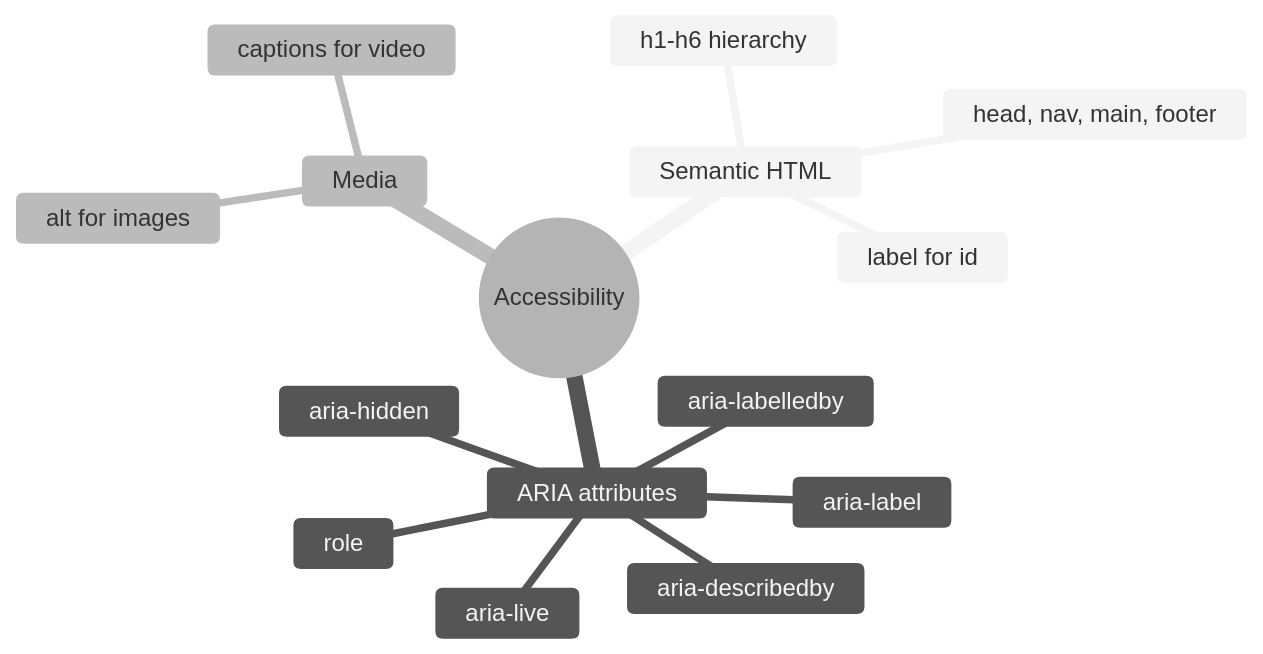
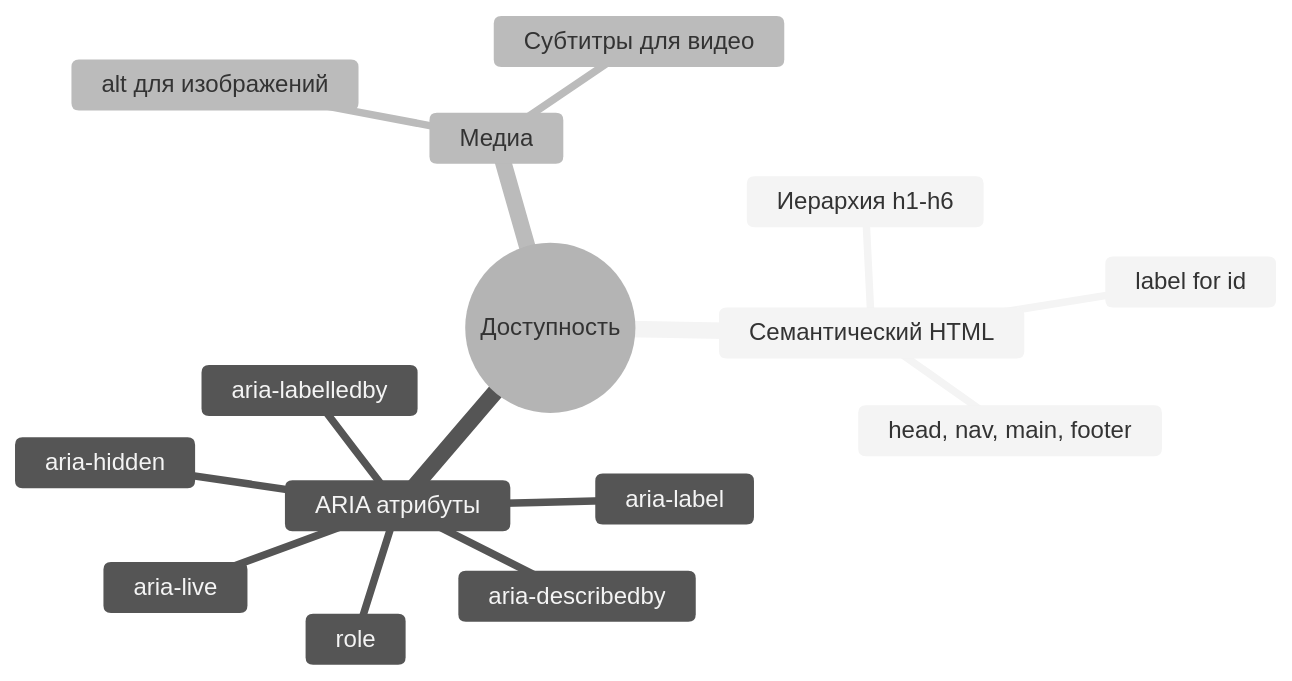
One commit to JLearn-space/HTML changed the first of 2 diagrams in Lesson-8/ru/Доступность (a11y).md. Above: the diagram before and after it, drawn with Mermaid (neutral theme). The commit also changed other lines of this file and 12 other files, not shown here.

Commit message:
Fix typos, broken markdown, Mermaid diagrams, localize RU/UZ labels, rename mixed-script filename

````diff
--- a/Lesson-8/ru/Доступность (a11y).md
+++ b/Lesson-8/ru/Доступность (a11y).md
@@ -5,18 +5,18 @@
 ```mermaid
 mindmap
-  root((Accessibility))
-    Semantic HTML
+  root((Доступность))
+    Семантический HTML
       head, nav, main, footer
-      h1-h6 hierarchy
+      Иерархия h1-h6
       label for id
-    ARIA attributes
+    ARIA атрибуты
       role
       aria-label
       aria-labelledby
       aria-describedby
       aria-hidden
       aria-live
-    Media
-      alt for images
-      captions for video
+    Медиа
+      alt для изображений
+      Субтитры для видео
 ```
````
